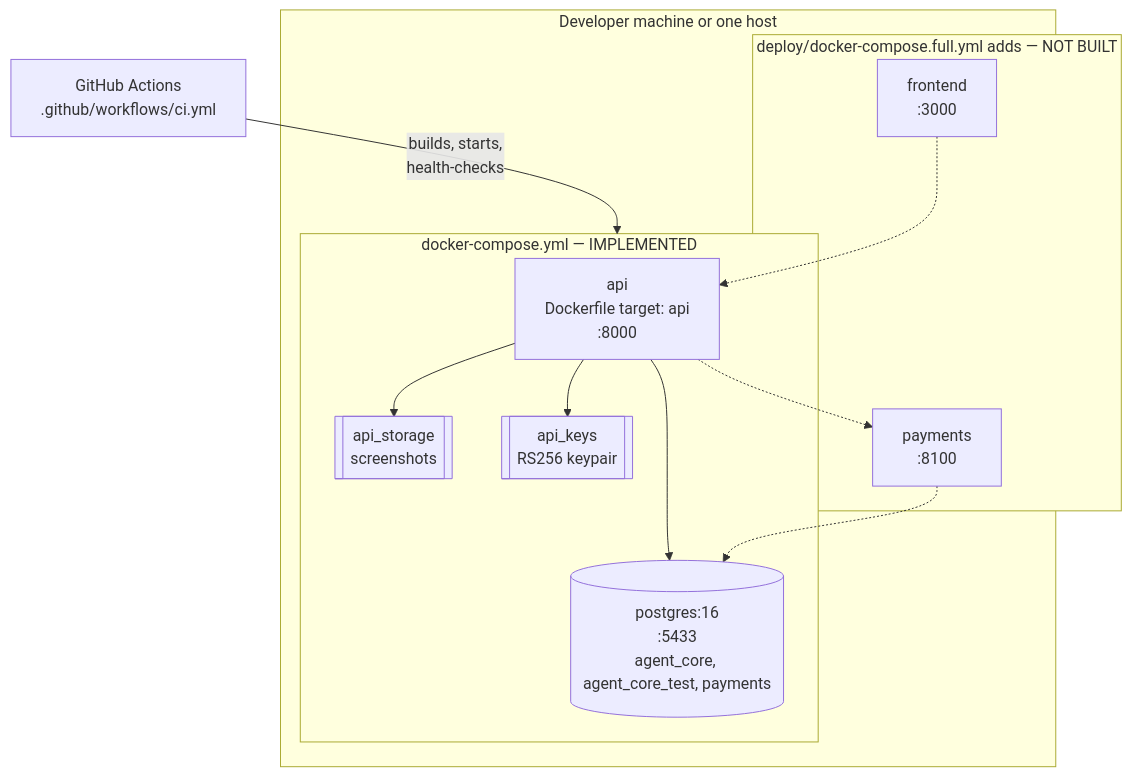
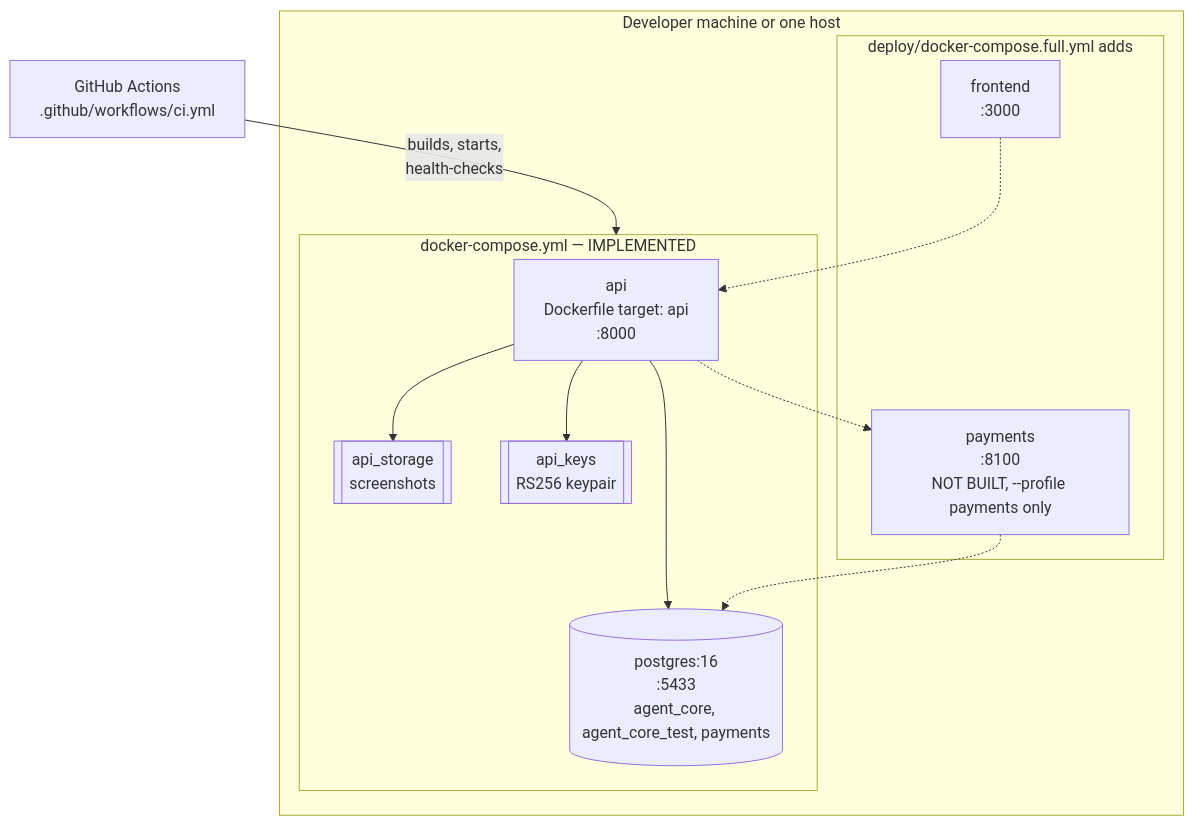
Before and after one commit to Abhishek9639/browser-agent-backend: the fifth of 5 diagrams in docs/architecture.md, drawn with Mermaid. The commit also changed 5 other files, not shown here.

First line of the commit message:
fix: make the full-stack compose file start

````diff
--- a/docs/architecture.md
+++ b/docs/architecture.md
@@ -246,26 +246,26 @@
 ```mermaid
 graph TB
     subgraph host["Developer machine or one host"]
         subgraph compose["docker-compose.yml &mdash; IMPLEMENTED"]
             apic["api<br/>Dockerfile target: api<br/>:8000"]
             pg[("postgres:16<br/>:5433<br/>agent_core, agent_core_test, payments")]
             vol1[["api_storage<br/>screenshots"]]
             vol2[["api_keys<br/>RS256 keypair"]]
         end
 
-        subgraph full["deploy/docker-compose.full.yml adds &mdash; NOT BUILT"]
+        subgraph full["deploy/docker-compose.full.yml adds"]
             fe["frontend<br/>:3000"]
-            pay["payments<br/>:8100"]
+            pay["payments<br/>:8100<br/>NOT BUILT, --profile payments only"]
         end
     end
 
     ci["GitHub Actions<br/>.github/workflows/ci.yml"]
 
     apic --> pg
     apic --> vol1
     apic --> vol2
     fe -.-> apic
     apic -.-> pay
     pay -.-> pg
     ci -->|"builds, starts,<br/>health-checks"| compose
 ```
````
